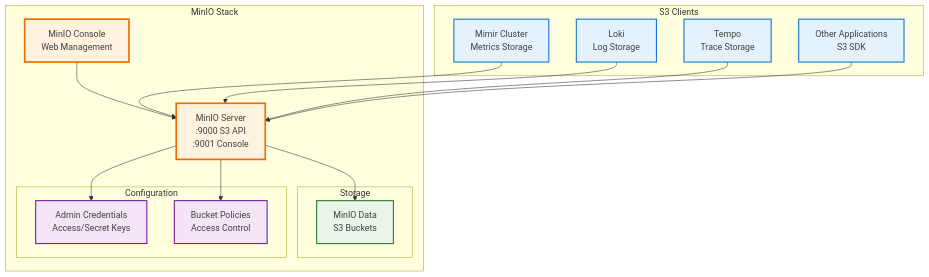
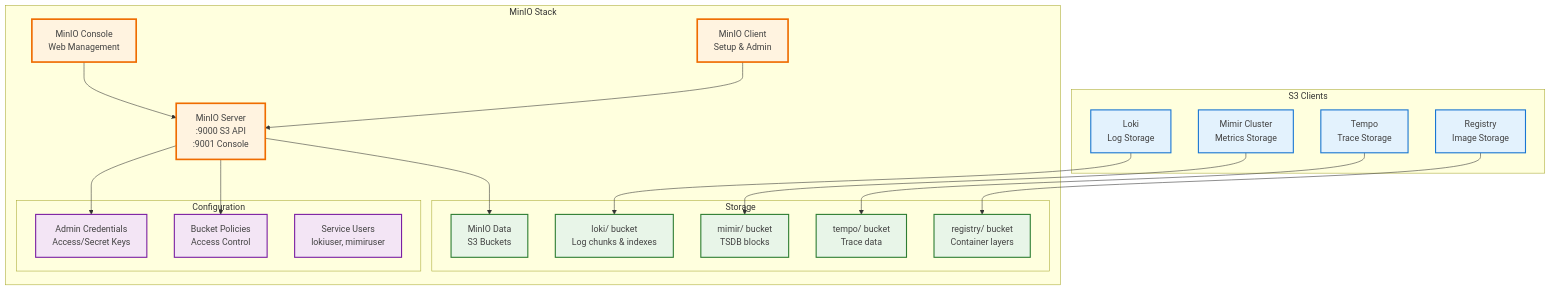
One commit to mkm29/registry changed the diagram in docs/stacks/storage.md. Above: the diagram before and after it, drawn with Mermaid. The commit also changed other lines of this file and 25 other files, not shown here.

````diff
--- a/docs/stacks/storage.md
+++ b/docs/stacks/storage.md
@@ -5,43 +17,50 @@
 ```mermaid
 graph TB
     subgraph "MinIO Stack"
         MinIO[MinIO Server<br/>:9000 S3 API<br/>:9001 Console]
         Console[MinIO Console<br/>Web Management]
+        MC[MinIO Client<br/>Setup & Admin]
 
         subgraph "Storage"
             Data[MinIO Data<br/>S3 Buckets]
+            Loki[loki/ bucket<br/>Log chunks & indexes]
+            Mimir[mimir/ bucket<br/>TSDB blocks]
+            Tempo[tempo/ bucket<br/>Trace data]
+            Registry[registry/ bucket<br/>Container layers]
         end
 
         subgraph "Configuration"
             Credentials[Admin Credentials<br/>Access/Secret Keys]
             Policies[Bucket Policies<br/>Access Control]
+            Users[Service Users<br/>lokiuser, mimiruser]
         end
     end
 
     subgraph "S3 Clients"
-        Mimir[Mimir Cluster<br/>Metrics Storage]
-        Loki[Loki<br/>Log Storage]
-        Tempo[Tempo<br/>Trace Storage]
-        Apps[Other Applications<br/>S3 SDK]
+        LokiSvc[Loki<br/>Log Storage]
+        MimirSvc[Mimir Cluster<br/>Metrics Storage]
+        TempoSvc[Tempo<br/>Trace Storage]
+        RegistrySvc[Registry<br/>Image Storage]
     end
 
     MinIO --> Data
     MinIO --> Credentials
     MinIO --> Policies
     Console --> MinIO
+    MC --> MinIO
 
-    Mimir --> MinIO
-    Loki --> MinIO
-    Tempo --> MinIO
-    Apps --> MinIO
+    LokiSvc --> Loki
+    MimirSvc --> Mimir
+    TempoSvc --> Tempo
+    RegistrySvc --> Registry
 
     classDef storage fill:#fff3e0,stroke:#ef6c00,stroke-width:3px,color:#424242
     classDef config fill:#f3e5f5,stroke:#7b1fa2,stroke-width:2px,color:#424242
     classDef data fill:#e8f5e8,stroke:#2e7d32,stroke-width:2px,color:#424242
     classDef clients fill:#e3f2fd,stroke:#1976d2,stroke-width:2px,color:#424242
 
-    class MinIO,Console storage
-    class Credentials,Policies config
-    class Data data
-    class Mimir,Loki,Tempo,Apps clients
+    class MinIO,Console,MC storage
+    class Credentials,Policies,Users config
+    class Data,Loki,Mimir,Tempo,Registry data
+    class LokiSvc,MimirSvc,TempoSvc,RegistrySvc clients
 ```
````
